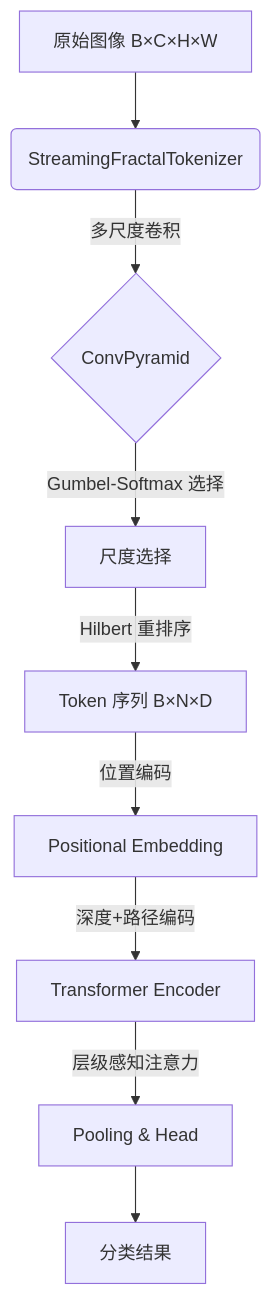
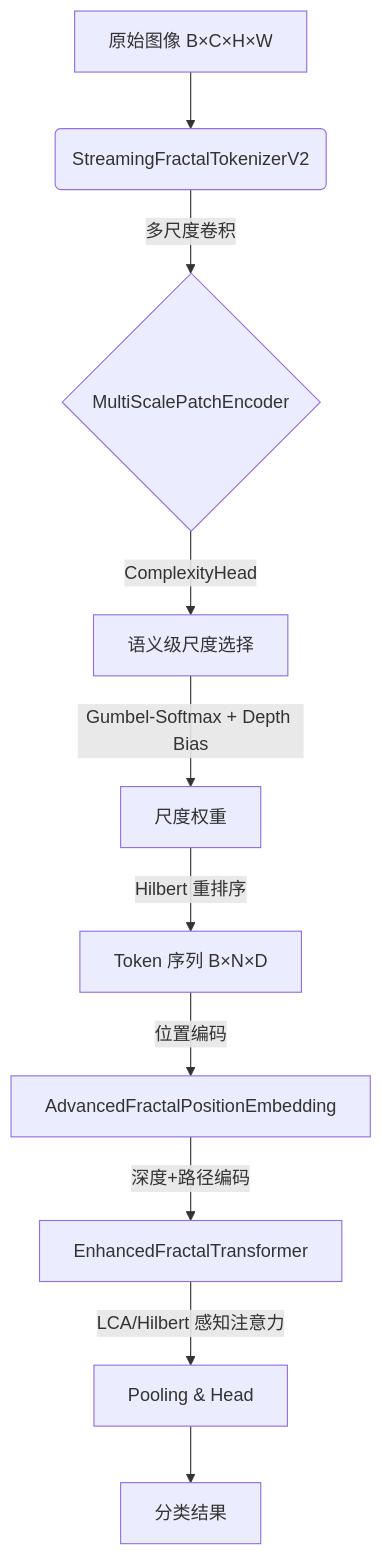
Before and after one commit to LoopyBrainie/fractal-curve-tokenizer: the diagram in documents/00_introduction.md, drawn with Mermaid. The commit also changed other lines of this file and 13 other files, not shown here.

````diff
--- a/documents/00_introduction.md
+++ b/documents/00_introduction.md
@@ -11,11 +12,12 @@
 ```mermaid
 graph TD
-    A[原始图像 B×C×H×W] --> B(StreamingFractalTokenizer);
-    B -->|多尺度卷积| C{ConvPyramid};
-    C -->|Gumbel-Softmax 选择| D[尺度选择];
-    D -->|Hilbert 重排序| E[Token 序列 B×N×D];
-    E -->|位置编码| F[Positional Embedding];
-    F -->|深度+路径编码| G[Transformer Encoder];
-    G -->|层级感知注意力| H[Pooling & Head];
-    H --> I[分类结果];
+    A[原始图像 B×C×H×W] --> B(StreamingFractalTokenizerV2);
+    B -->|多尺度卷积| C{MultiScalePatchEncoder};
+    C -->|ComplexityHead| D[语义级尺度选择];
+    D -->|Gumbel-Softmax + Depth Bias| E[尺度权重];
+    E -->|Hilbert 重排序| F[Token 序列 B×N×D];
+    F -->|位置编码| G[AdvancedFractalPositionEmbedding];
+    G -->|深度+路径编码| H[EnhancedFractalTransformer];
+    H -->|LCA/Hilbert 感知注意力| I[Pooling & Head];
+    I --> J[分类结果];
 ```
````
